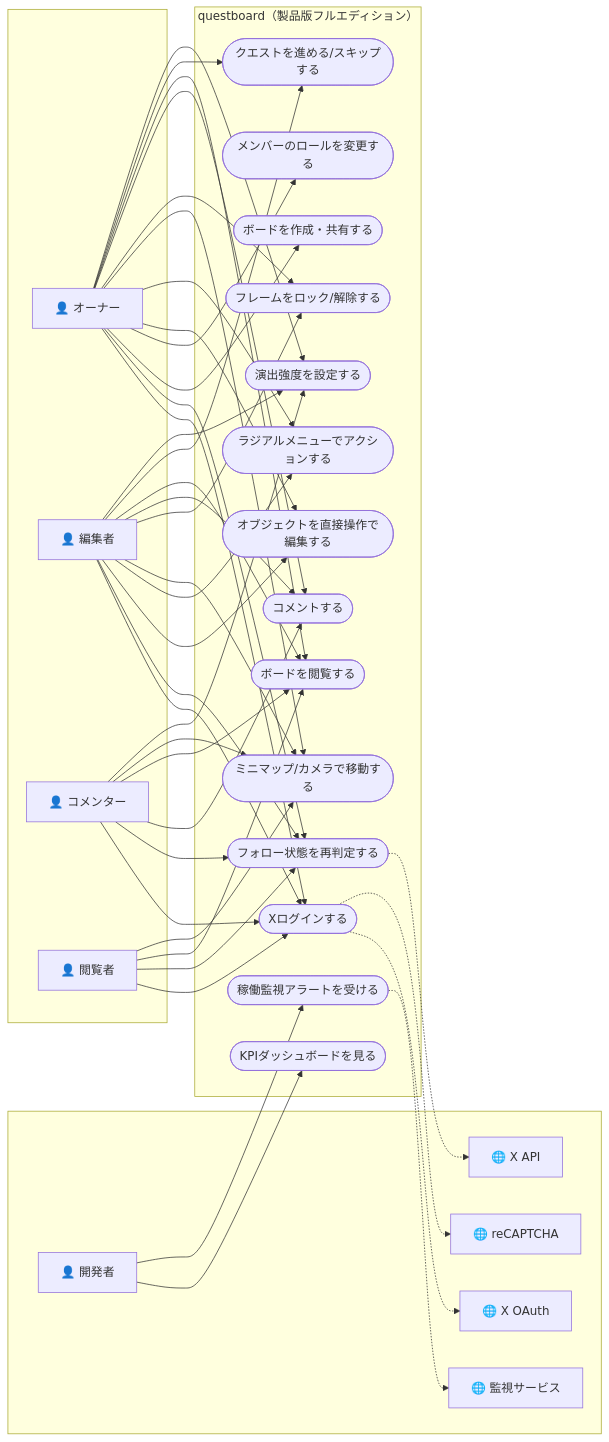
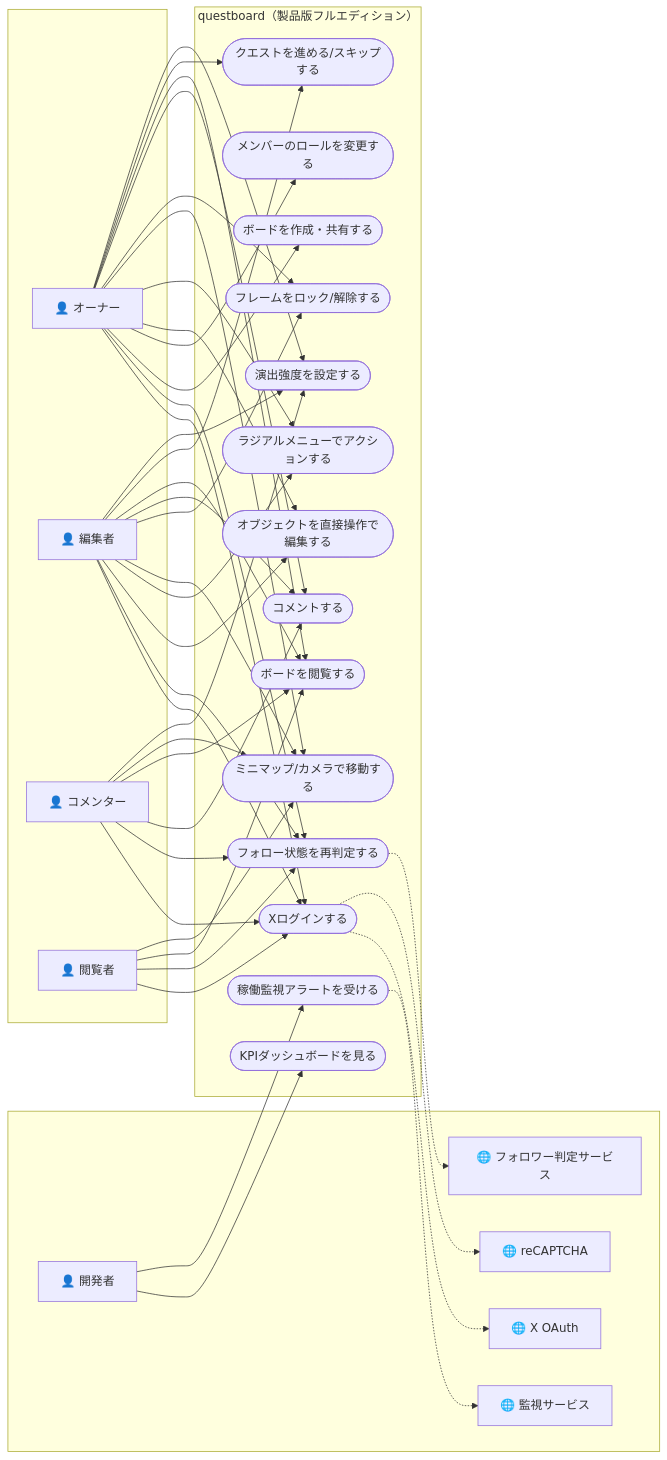
One commit to rictaworks/questboard changed diagram 12 of 12 in questboard_design_document.md. Above: the diagram before and after it, drawn with Mermaid. The commit also changed other lines of this file and 51 other files, not shown here.

````diff
--- a/questboard_design_document.md
+++ b/questboard_design_document.md
@@ -637,41 +627,41 @@
 ```mermaid
 flowchart LR
     subgraph actors_left [" "]
         OW["👤 オーナー"]
         ED["👤 編集者"]
         CM["👤 コメンター"]
         VW["👤 閲覧者"]
     end
     subgraph SYSTEM["questboard（製品版フルエディション）"]
         UC1(["Xログインする"])
         UC1b(["フォロー状態を再判定する"])
         UC2(["ボードを作成・共有する"])
         UC3(["メンバーのロールを変更する"])
         UC4(["オブジェクトを直接操作で編集する"])
         UC5(["ラジアルメニューでアクションする"])
         UC6(["ミニマップ/カメラで移動する"])
         UC7(["フレームをロック/解除する"])
         UC8(["コメントする"])
         UC9(["ボードを閲覧する"])
         UC10(["クエストを進める/スキップする"])
         UC11(["演出強度を設定する"])
         UC12(["KPIダッシュボードを見る"])
         UC13(["稼働監視アラートを受ける"])
     end
     subgraph actors_right [" "]
         DEV["👤 開発者"]
         XO["🌐 X OAuth"]
-        XAPI["🌐 X API"]
+        GATE["🌐 フォロワー判定サービス"]
         RCApt["🌐 reCAPTCHA"]
         MONI["🌐 監視サービス"]
     end
 
     OW --> UC1 & UC1b & UC2 & UC3 & UC4 & UC5 & UC6 & UC7 & UC8 & UC9 & UC10 & UC11
     ED --> UC1 & UC1b & UC4 & UC5 & UC6 & UC7 & UC8 & UC9 & UC10 & UC11
     CM --> UC1 & UC1b & UC8 & UC9 & UC6 & UC11
     VW --> UC1 & UC1b & UC9 & UC6
     DEV --> UC12 & UC13
     UC1 -.-> XO & RCApt
-    UC1b -.-> XAPI
+    UC1b -.-> GATE
     UC13 -.-> MONI
 ```
````
